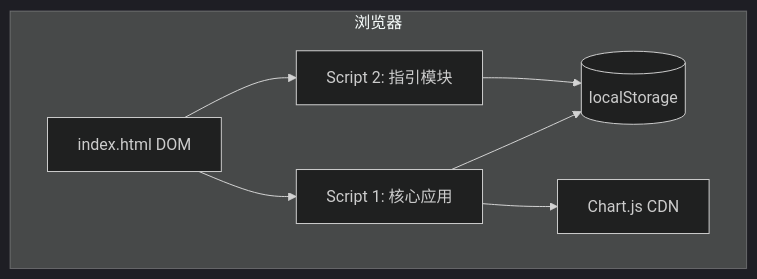
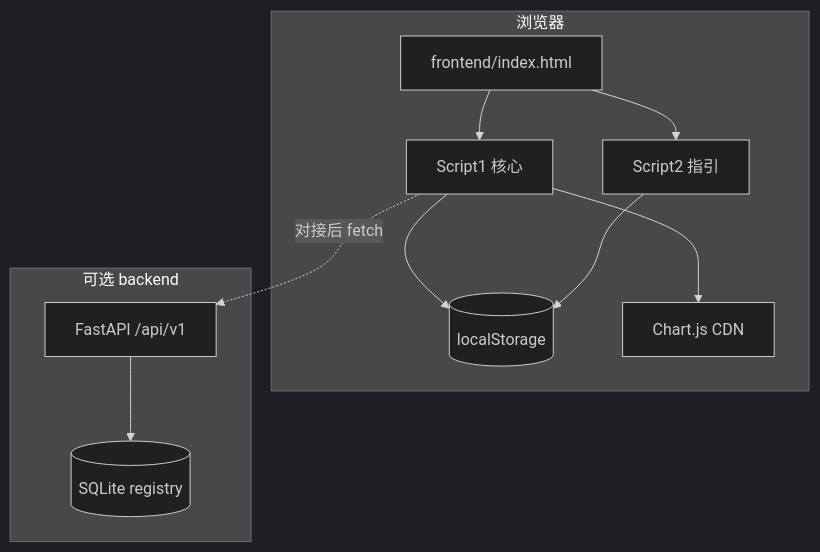
Before and after one commit to sky-ding/test: the first of 2 diagrams in docs/技术设计文档-项目管理登记工具.md, drawn with Mermaid (dark theme). The commit also changed other lines of this file and 20 other files, not shown here.

````diff
--- a/docs/技术设计文档-项目管理登记工具.md
+++ b/docs/技术设计文档-项目管理登记工具.md
@@ -18,15 +20,21 @@
 ```mermaid
 flowchart TB
   subgraph Browser["浏览器"]
-    HTML[index.html DOM]
-    S1[Script 1: 核心应用]
-    S2[Script 2: 指引模块]
+    HTML[frontend/index.html]
+    S1[Script1 核心]
+    S2[Script2 指引]
     LS[(localStorage)]
     CDN[Chart.js CDN]
+  end
+  subgraph Server["可选 backend"]
+    API[FastAPI /api/v1]
+    DB[(SQLite registry)]
   end
   HTML --> S1
   HTML --> S2
   S1 --> LS
   S2 --> LS
   S1 --> CDN
+  S1 -.->|对接后 fetch| API
+  API --> DB
 ```
````
